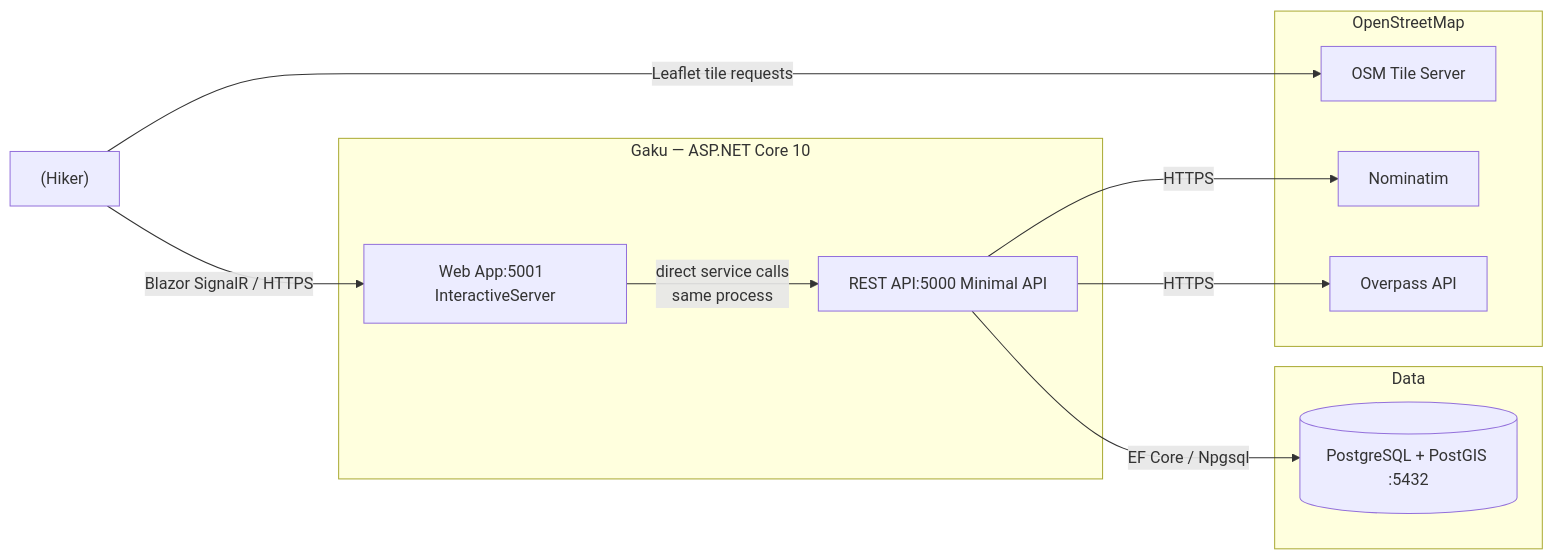
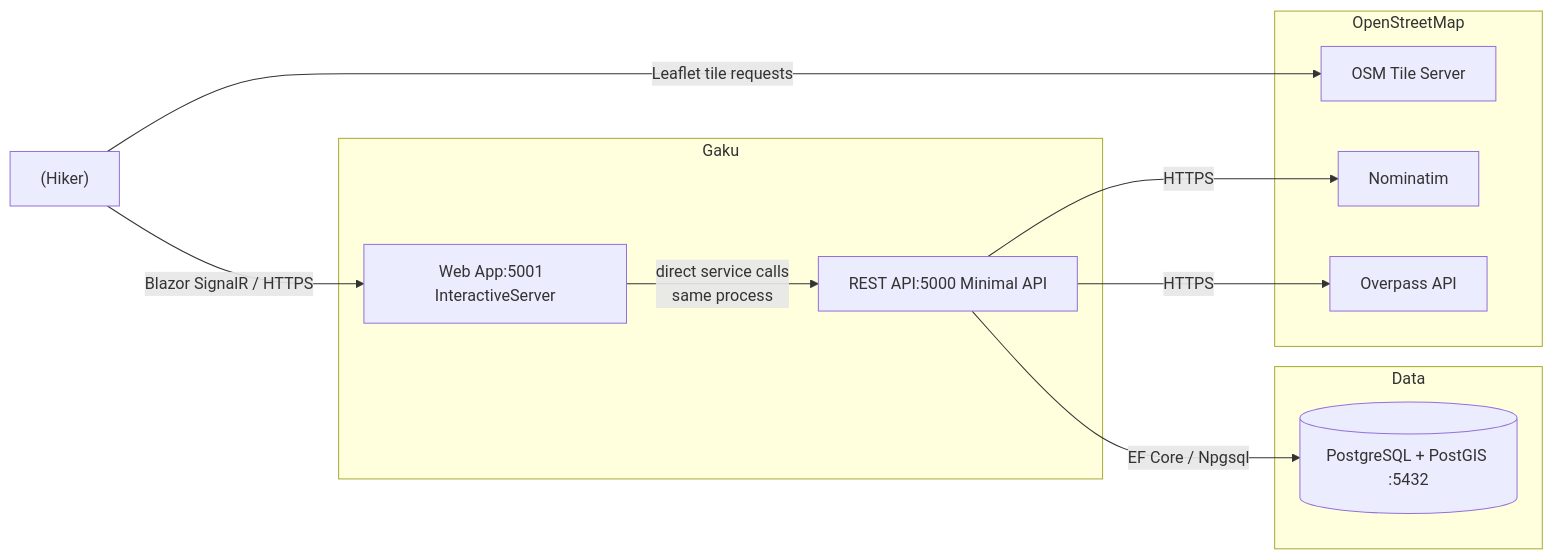
One commit to tuannamtruong/Gaku changed the third of 5 diagrams in docs/architecture.md. Above: the diagram before and after it, drawn with Mermaid. The commit also changed 1 other file, not shown here.

Commit message:
Add document about usage of OpenStreetMap, Overpass API, Nominatim and Leaflet.

````diff
--- a/docs/architecture.md
+++ b/docs/architecture.md
@@ -72,26 +72,26 @@
 ```mermaid
 graph LR
   Browser["(Hiker)"]
 
-  subgraph GakuSystem["Gaku — ASP.NET Core 10"]
+  subgraph GakuSystem["Gaku"]
     Web["Web App:5001  InteractiveServer"]
     API["REST API:5000  Minimal API"]
   end
 
   subgraph Data["Data"]
     PG[("PostgreSQL + PostGIS :5432")]
   end
 
   subgraph OSM["OpenStreetMap"]
     Tiles["OSM Tile Server"]
     Nom["Nominatim"]
     Over["Overpass API"]
   end
 
   Browser -->|"Blazor SignalR / HTTPS"| Web
   Browser -->|"Leaflet tile requests"| Tiles
   Web -->|"direct service calls\nsame process"| API
   API -->|"EF Core / Npgsql"| PG
   API -->|"HTTPS"| Nom
   API -->|"HTTPS"| Over
 ```
````
